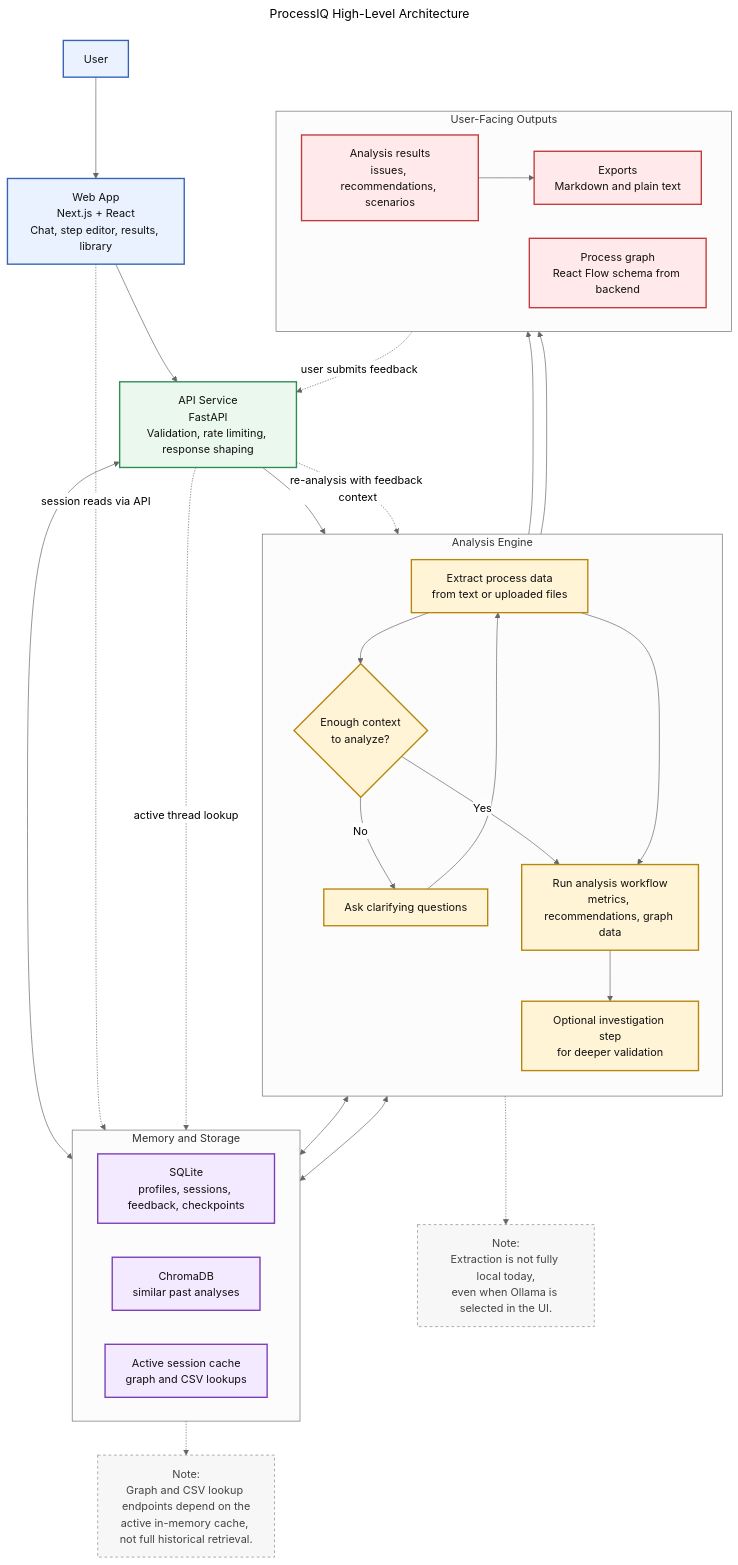
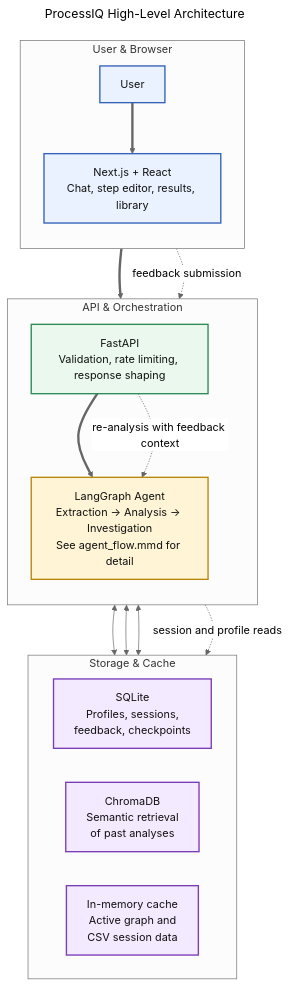
One commit to SkybrushThriftwood/processIQ changed the diagram in docs/architecture_diagram.mmd. Above: the diagram before and after it, drawn with Mermaid (neutral theme). The commit also changed 11 other files, not shown here.

Commit message:
docs: redesign architecture diagram and replace screenshots and demo gif

```diff
--- a/docs/architecture_diagram.mmd
+++ b/docs/architecture_diagram.mmd
@@ -1,69 +1,44 @@
 ---
 title: ProcessIQ High-Level Architecture
 ---
 flowchart TB
-    classDef surface fill:#EAF2FF,stroke:#3563B7,stroke-width:2px,color:#111
-    classDef service fill:#EAF8EE,stroke:#2E8B57,stroke-width:2px,color:#111
-    classDef intelligence fill:#FFF4D6,stroke:#B8860B,stroke-width:2px,color:#111
+    classDef browser fill:#EAF2FF,stroke:#3563B7,stroke-width:2px,color:#111
+    classDef api fill:#EAF8EE,stroke:#2E8B57,stroke-width:2px,color:#111
+    classDef ai fill:#FFF4D6,stroke:#B8860B,stroke-width:2px,color:#111
     classDef storage fill:#F4EAFF,stroke:#7A3DB8,stroke-width:2px,color:#111
-    classDef result fill:#FFE9EA,stroke:#C23B3B,stroke-width:2px,color:#111
-    classDef note fill:#F7F7F7,stroke:#888,stroke-width:1px,color:#444,stroke-dasharray:4 4
 
-    USER["User"]:::surface
-
-    APP["Web App<br/>Next.js + React<br/>Chat, step editor, results, library"]:::surface
-
-    API["API Service<br/>FastAPI<br/>Validation, rate limiting, response shaping"]:::service
-
-    subgraph ENGINE["Analysis Engine"]
+    subgraph BROWSER["User & Browser"]
         direction TB
-        EXTRACT["Extract process data<br/>from text or uploaded files"]:::intelligence
-        GATE{"Enough context<br/>to analyze?"}:::intelligence
-        ANALYZE["Run analysis workflow<br/>metrics, recommendations, graph data"]:::intelligence
-        INVESTIGATE["Optional investigation step<br/>for deeper validation"]:::intelligence
-
-        EXTRACT --> GATE
-        GATE -- "No" --> ASK["Ask clarifying questions"]:::intelligence
-        ASK --> EXTRACT
-        GATE -- "Yes" --> ANALYZE
-        ANALYZE --> INVESTIGATE
+        USER["User"]:::browser
+        APP["Next.js + React<br/>Chat, step editor, results, library"]:::browser
     end
 
-    subgraph DATA["Memory and Storage"]
-        direction LR
-        SQLITE["SQLite<br/>profiles, sessions, feedback, checkpoints"]:::storage
-        CHROMA["ChromaDB<br/>similar past analyses"]:::storage
-        CACHE["Active session cache<br/>graph and CSV lookups"]:::storage
+    subgraph BACKEND["API & Orchestration"]
+        direction TB
+        API["FastAPI<br/>Validation, rate limiting, response shaping"]:::api
+        AGENT["LangGraph Agent<br/>Extraction -> Analysis -> Investigation<br/>See agent_flow.mmd for detail"]:::ai
     end
 
-    subgraph OUTPUTS["User-Facing Outputs"]
+    subgraph STORAGE["Storage & Cache"]
         direction LR
-        INSIGHT["Analysis results<br/>issues, recommendations, scenarios"]:::result
-        GRAPH["Process graph<br/>React Flow schema from backend"]:::result
-        EXPORTS["Exports<br/>Markdown and plain text"]:::result
+        SQLITE["SQLite<br/>Profiles, sessions,<br/>feedback, checkpoints"]:::storage
+        CHROMA["ChromaDB<br/>Semantic retrieval<br/>of past analyses"]:::storage
+        CACHE["In-memory cache<br/>Active graph and<br/>CSV session data"]:::storage
     end
 
-    USER --> APP
-    APP --> API
-    API --> EXTRACT
-    EXTRACT --> ANALYZE
+    %% Primary request path - thick arrows
+    USER ==> APP
+    APP ==> API
+    API ==> AGENT
 
-    ANALYZE --> INSIGHT
-    ANALYZE --> GRAPH
-    INSIGHT --> EXPORTS
-
-    ANALYZE <--> SQLITE
-    ANALYZE <--> CHROMA
+    %% Persistence - normal weight
+    AGENT <--> SQLITE
+    AGENT <--> CHROMA
     API <--> CACHE
 
-    INSIGHT -. "user submits feedback" .-> API
-    API -. "re-analysis with feedback context" .-> ANALYZE
+    %% Feedback loop - muted
+    APP -. "feedback submission" .-> API
+    API -. "re-analysis with feedback context" .-> AGENT
 
-    APP -. "session reads via API" .-> SQLITE
-    API -. "active thread lookup" .-> CACHE
-
-    OLLAMA_NOTE["Note:<br/>Extraction is not fully local today,<br/>even when Ollama is selected in the UI."]:::note
-    CACHE_NOTE["Note:<br/>Graph and CSV lookup endpoints depend on the<br/>active in-memory cache, not full historical retrieval."]:::note
-
-    EXTRACT -.-> OLLAMA_NOTE
-    CACHE -.-> CACHE_NOTE
+    %% Session reads - muted
+    API -. "session and profile reads" .-> SQLITE
```
